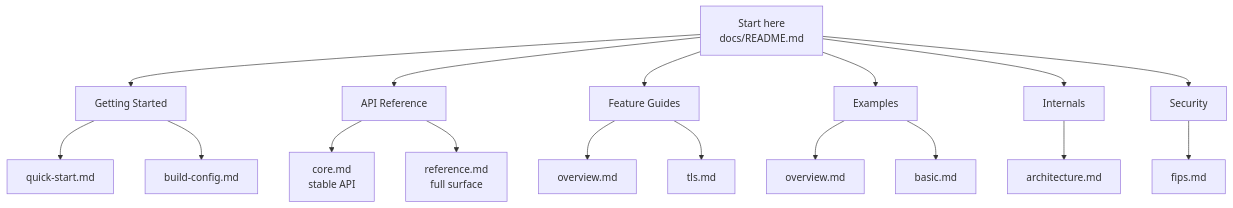
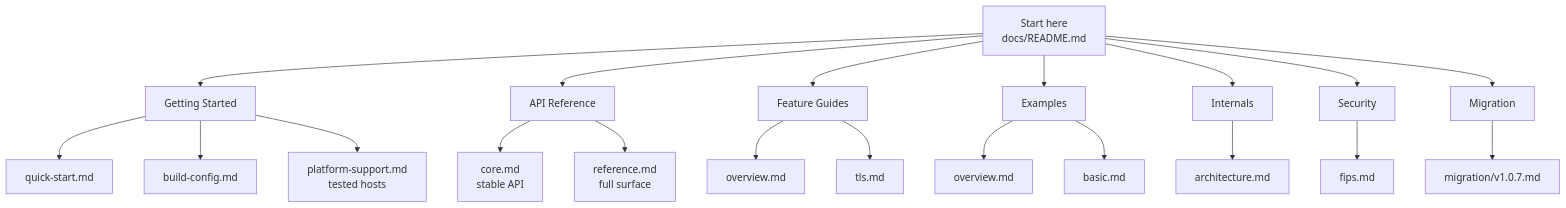
One commit to GhostKellz/zcrypto changed the first of 4 diagrams in docs/README.md. Above: the diagram before and after it, drawn with Mermaid. The commit also changed other lines of this file and 108 other files, not shown here.

````diff
--- a/docs/README.md
+++ b/docs/README.md
@@ -9,26 +9,30 @@
 ```mermaid
 flowchart TD
     start["Start here<br/>docs/README.md"]
 
     start --> gs["Getting Started"]
     start --> api["API Reference"]
     start --> features["Feature Guides"]
     start --> examples["Examples"]
     start --> internals["Internals"]
     start --> security["Security"]
 
     gs --> quick["quick-start.md"]
     gs --> config["build-config.md"]
+    gs --> platform["platform-support.md<br/>tested hosts"]
 
     api --> core["core.md<br/>stable API"]
     api --> reference["reference.md<br/>full surface"]
 
     features --> foverview["overview.md"]
     features --> tls["tls.md"]
 
     examples --> eoverview["overview.md"]
     examples --> basic["basic.md"]
 
     internals --> arch["architecture.md"]
     security --> fips["fips.md"]
+
+    start --> migration["Migration"]
+    migration --> v107["migration/v1.0.7.md"]
 ```
````
